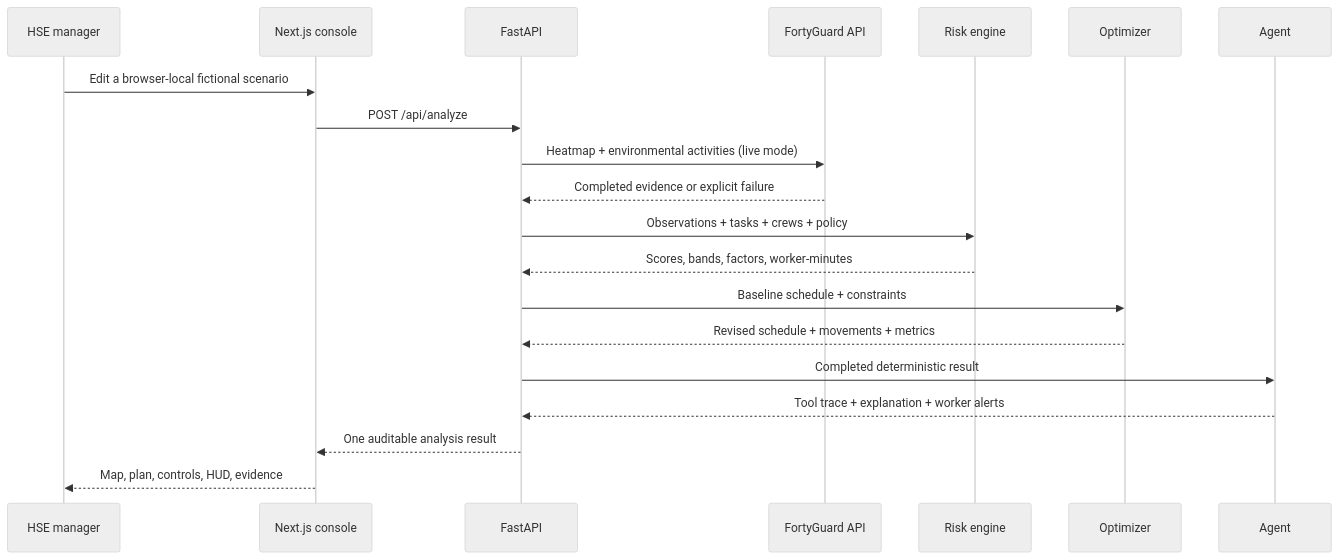
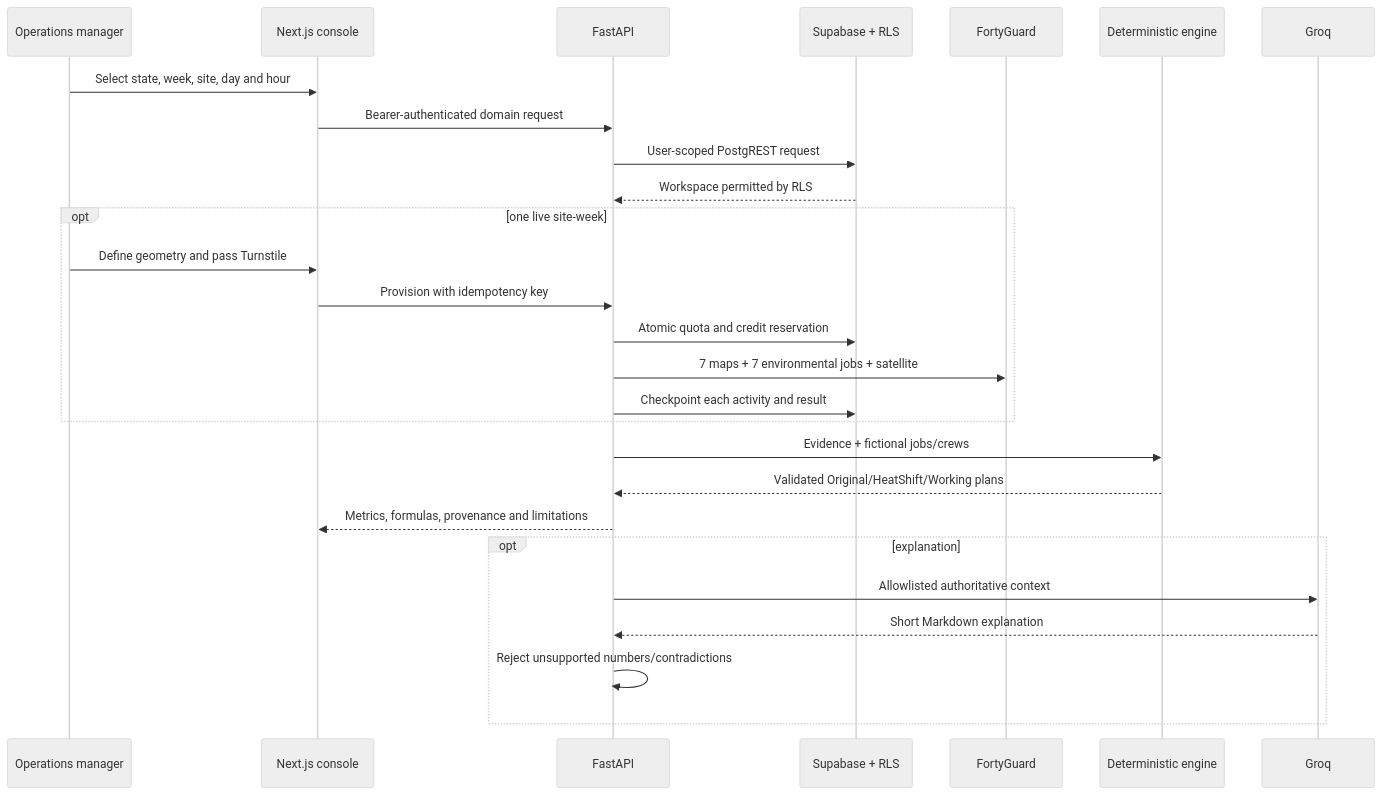
The diagram in docs/architecture.md (SilentKnight742/heatshift-ai), drawn with Mermaid (neutral theme) before and after one commit. The commit also changed other lines of this file and 15 other files, not shown here.

````diff
--- a/docs/architecture.md
+++ b/docs/architecture.md
@@ -5,23 +5,30 @@
 ```mermaid
 sequenceDiagram
-    participant M as HSE manager
+    participant M as Operations manager
     participant UI as Next.js console
     participant API as FastAPI
-    participant FG as FortyGuard API
-    participant R as Risk engine
-    participant O as Optimizer
-    participant A as Agent
+    participant DB as Supabase + RLS
+    participant FG as FortyGuard
+    participant O as Deterministic engine
+    participant L as Groq
 
-    M->>UI: Edit a browser-local fictional scenario
-    UI->>API: POST /api/analyze
-    API->>FG: Heatmap + environmental activities (live mode)
-    FG-->>API: Completed evidence or explicit failure
-    API->>R: Observations + tasks + crews + policy
-    R-->>API: Scores, bands, factors, worker-minutes
-    API->>O: Baseline schedule + constraints
-    O-->>API: Revised schedule + movements + metrics
-    API->>A: Completed deterministic result
-    A-->>API: Tool trace + explanation + worker alerts
-    API-->>UI: One auditable analysis result
-    UI-->>M: Map, plan, controls, HUD, evidence
+    M->>UI: Select state, week, site, day and hour
+    UI->>API: Bearer-authenticated domain request
+    API->>DB: User-scoped PostgREST request
+    DB-->>API: Workspace permitted by RLS
+    opt one live site-week
+        M->>UI: Define geometry and pass Turnstile
+        UI->>API: Provision with idempotency key
+        API->>DB: Atomic quota and credit reservation
+        API->>FG: 7 maps + 7 environmental jobs + satellite
+        API->>DB: Checkpoint each activity and result
+    end
+    API->>O: Evidence + fictional jobs/crews
+    O-->>API: Validated Original/HeatShift/Working plans
+    API-->>UI: Metrics, formulas, provenance and limitations
+    opt explanation
+        API->>L: Allowlisted authoritative context
+        L-->>API: Short Markdown explanation
+        API->>API: Reject unsupported numbers/contradictions
+    end
 ```
````
